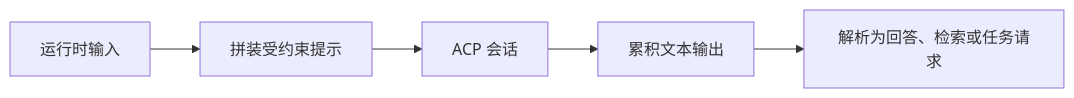
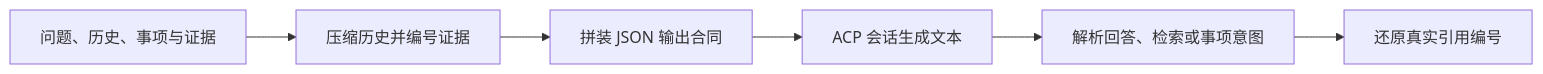
The diagram in .repo-review/knowledge/articles/12661f71bb7b912e4993949f4b3d1d6f22c399845d20c1cbced17ce858b7b0cf.md (lejunyang/omem), drawn with Mermaid before and after one commit. The commit also changed other lines of this file and 20 other files, not shown here.

````diff
--- a/.repo-review/knowledge/articles/12661f71bb7b912e4993949f4b3d1d6f22c399845d20c1cbced17ce858b7b0cf.md
+++ b/.repo-review/knowledge/articles/12661f71bb7b912e4993949f4b3d1d6f22c399845d20c1cbced17ce858b7b0cf.md
@@ -21,7 +19,8 @@
 ```mermaid
 flowchart LR
-  A[运行时输入] --> B[拼装受约束提示]
-  B --> C[ACP 会话]
-  C --> D[累积文本输出]
-  D --> E[解析为回答、检索或任务请求]
+  A[问题、历史、事项与证据] --> B[压缩历史并编号证据]
+  B --> C[拼装 JSON 输出合同]
+  C --> D[ACP 会话生成文本]
+  D --> E[解析回答、检索或事项意图]
+  E --> F[还原真实引用编号]
 ```
````
